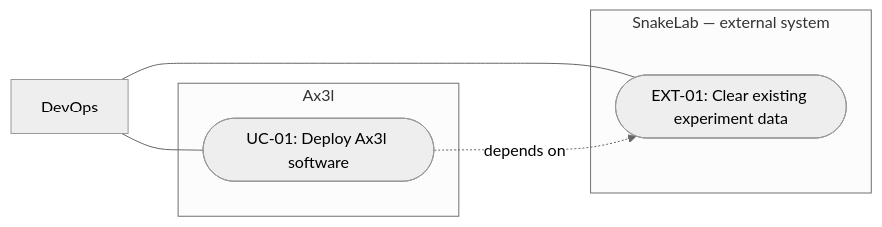
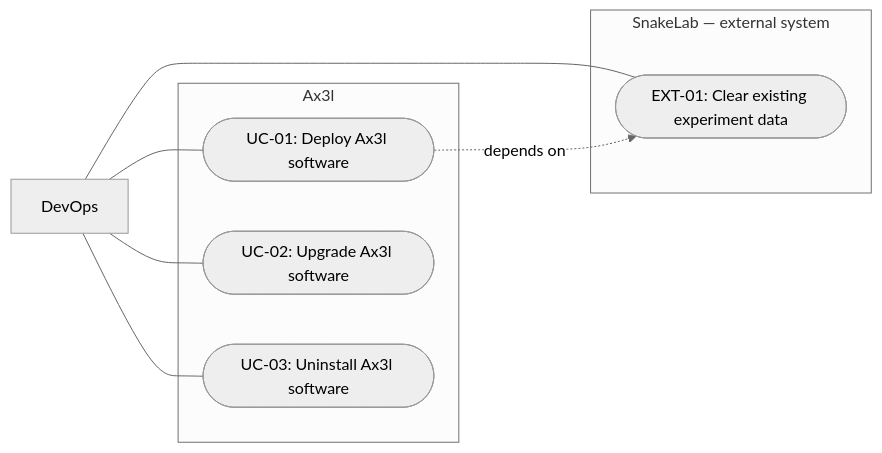
Before and after one commit to NadimGhaznavi/ax3l: the diagram in docs/use-case/index.md, drawn with Mermaid (neutral theme). The commit also changed other lines of this file and 10 other files, not shown here.

````diff
--- a/docs/use-case/index.md
+++ b/docs/use-case/index.md
@@ -38,16 +42,20 @@
 ```mermaid
 flowchart LR
     devops["DevOps"]
 
     subgraph ax3l["Ax3l"]
         deploy(["UC-01: Deploy Ax3l software"])
+        upgrade(["UC-02: Upgrade Ax3l software"])
+        uninstall(["UC-03: Uninstall Ax3l software"])
     end
 
     subgraph snakelab["SnakeLab — external system"]
         clear(["EXT-01: Clear existing experiment data"])
     end
 
     devops --- deploy
+    devops --- upgrade
+    devops --- uninstall
     devops --- clear
     deploy -.->|depends on| clear
 ```
````
